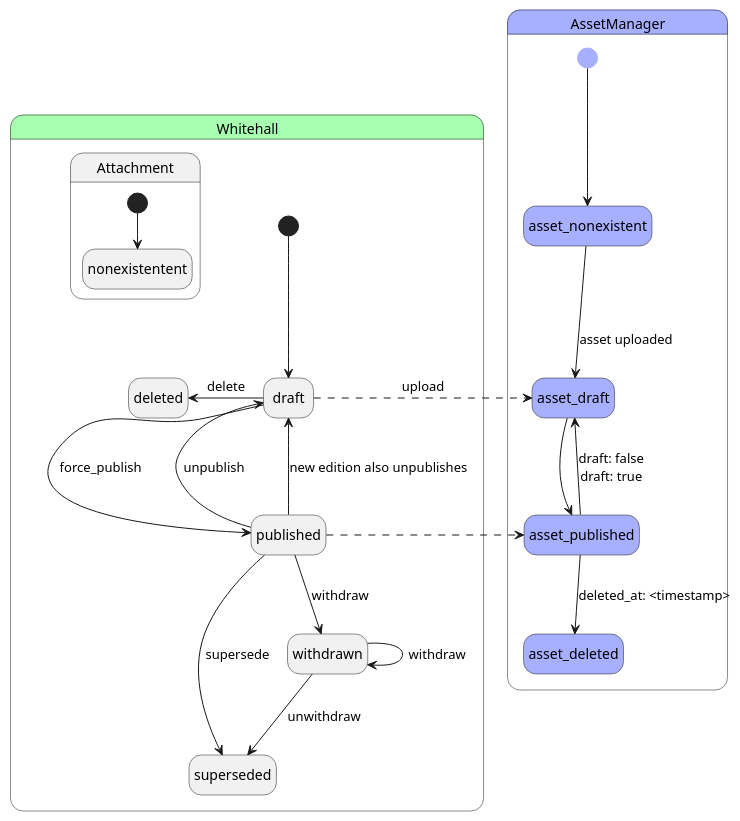
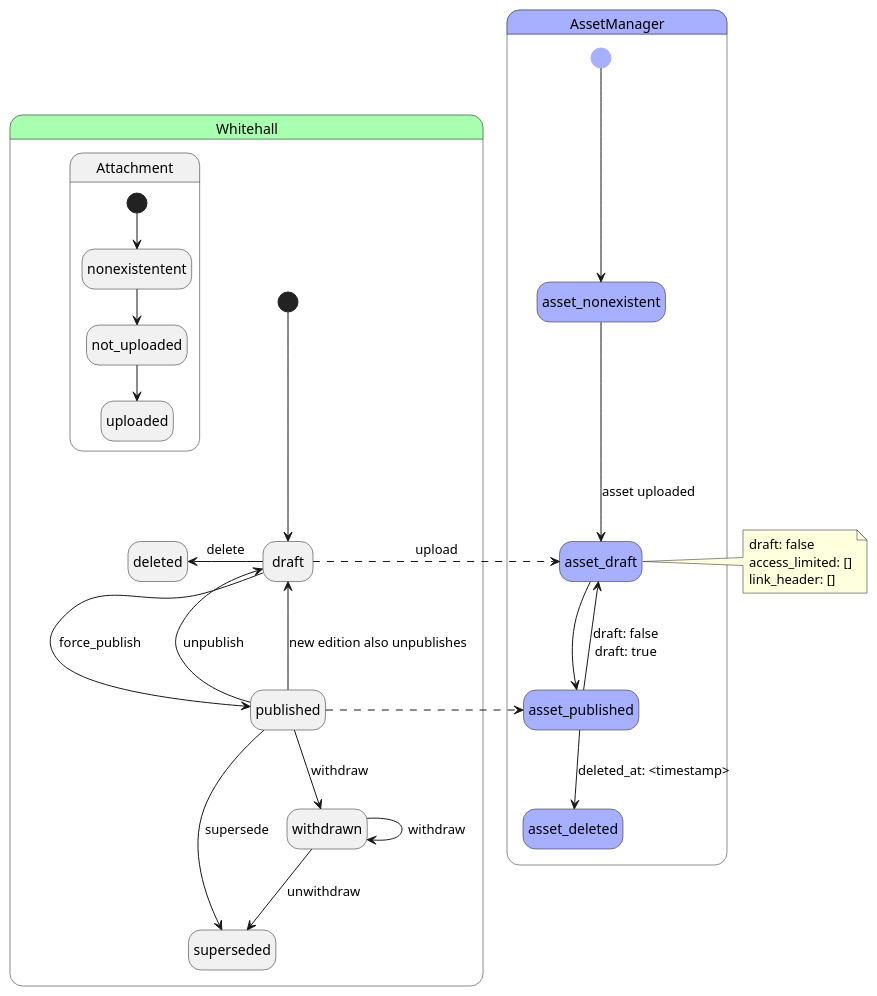
The diagram in docs/diagrams/asset_state_transitions.puml (alphagov/whitehall), drawn with PlantUML before and after one commit.

Commit message:
add attachment states to the state diagram

```diff
--- a/docs/diagrams/asset_state_transitions.puml
+++ b/docs/diagrams/asset_state_transitions.puml
@@ -1,49 +1,57 @@
 @startuml edition_state_transitions
 hide empty description
 
 state AssetManager #a7afff {
     state asset_start <<start>> #a7afff
     state asset_nonexistent #a7afff
     state asset_draft #a7afff
     state asset_published #a7afff
     state asset_deleted #a7afff
 }
 
 state Whitehall #a7ffaf {
     [*] --> draft
 
     'removed: submitted, rejected, scheculed
 
     draft -l-> deleted: delete
 
     draft -[norank]-> published: force_publish
 
     published -u-> draft: unpublish
     published -u-> draft: new edition also unpublishes
 
     'draft -u-> draft: unpublish
 
     published --> superseded: supersede
 
     published --> withdrawn: withdraw
     withdrawn --> withdrawn: withdraw
 
     withdrawn --> superseded: unwithdraw
 
     state Attachment {
         [*] --> nonexistentent
+        nonexistentent --> not_uploaded
+        not_uploaded --> uploaded
     }
 }
 
 asset_start --> asset_nonexistent
 
 asset_nonexistent --> asset_draft: asset uploaded
 
 draft -[dashed]> asset_draft: upload
 published -[dashed]> asset_published
 
+note right of asset_draft
+    draft: false
+    access_limited: []
+    link_header: []
+end note
+
 asset_draft --> asset_published
 asset_published --> asset_draft: draft: false\ndraft: true
 
 asset_published --> asset_deleted: deleted_at: <timestamp>
 @enduml
```
